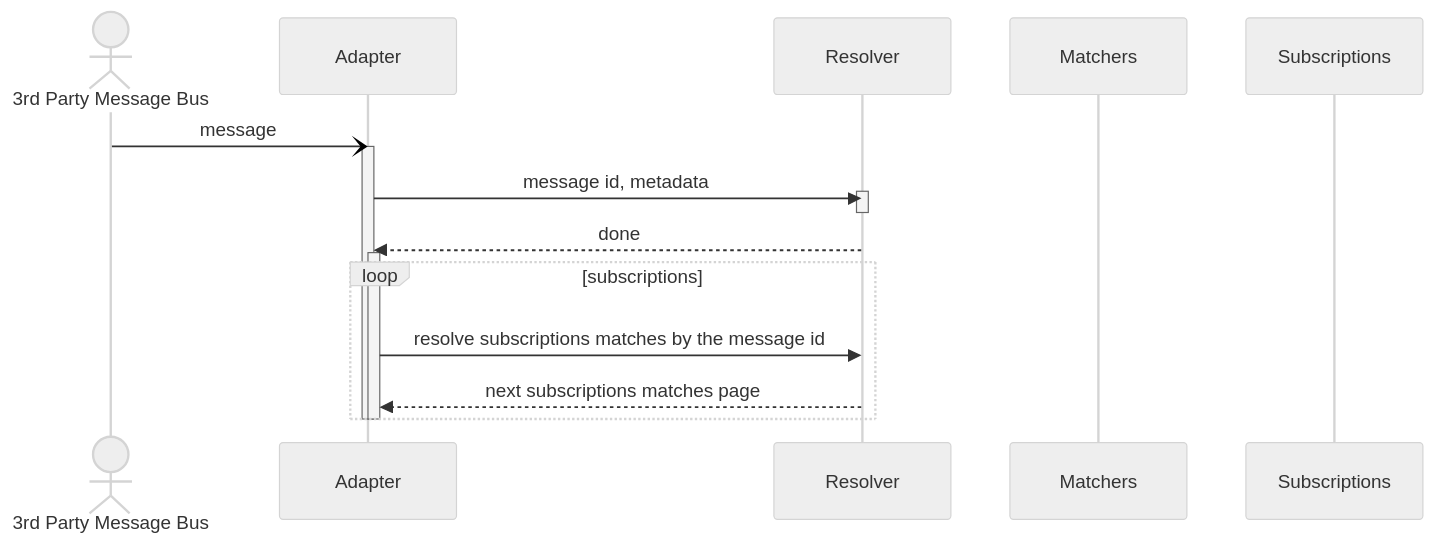
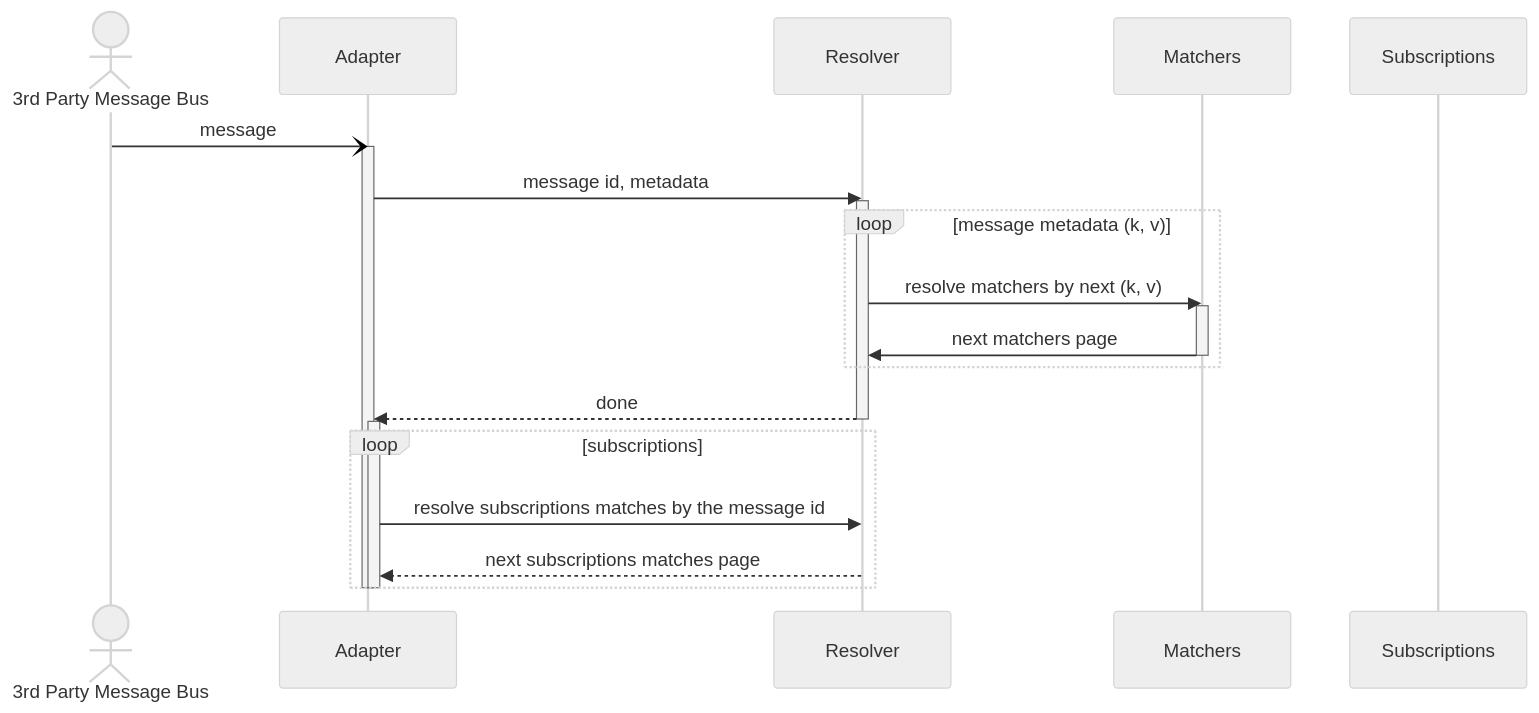
Before and after one commit to awakari/.github: the diagram in profile/README.md, drawn with Mermaid.

````diff
--- a/profile/README.md
+++ b/profile/README.md
@@ -13,24 +13,34 @@
 ```mermaid
 %%{init: {'theme': 'neutral' } }%%
 sequenceDiagram
 
     actor 3rd Party Message Bus
     participant Adapter
     participant Resolver
     participant Matchers
     participant Subscriptions
 
     3rd Party Message Bus-)Adapter: message
     activate Adapter
+    
     Adapter->>Resolver: message id, metadata
     activate Resolver
+    
+    loop message metadata (k, v)
+        Resolver->>Matchers: resolve matchers by next (k, v)
+        activate Matchers
+        Matchers->>Resolver: next matchers page
+        deactivate Matchers
+    end
+    
+    Resolver-->>Adapter: done
     deactivate Resolver
-    Resolver-->>Adapter: done
+
     activate Adapter
     loop subscriptions
         Adapter->>Resolver: resolve subscriptions matches by the message id
         Resolver-->>Adapter: next subscriptions matches page
     end
     deactivate Adapter
     deactivate Adapter
 ```
````
